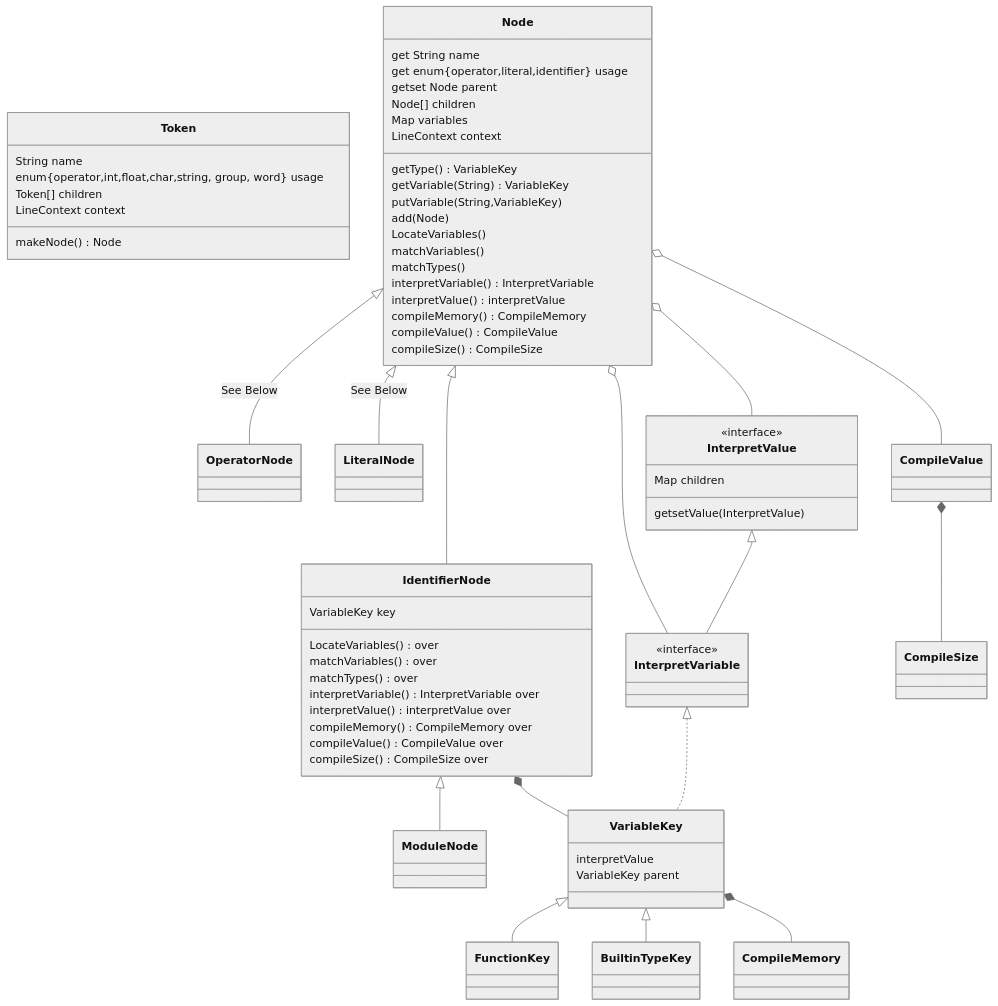
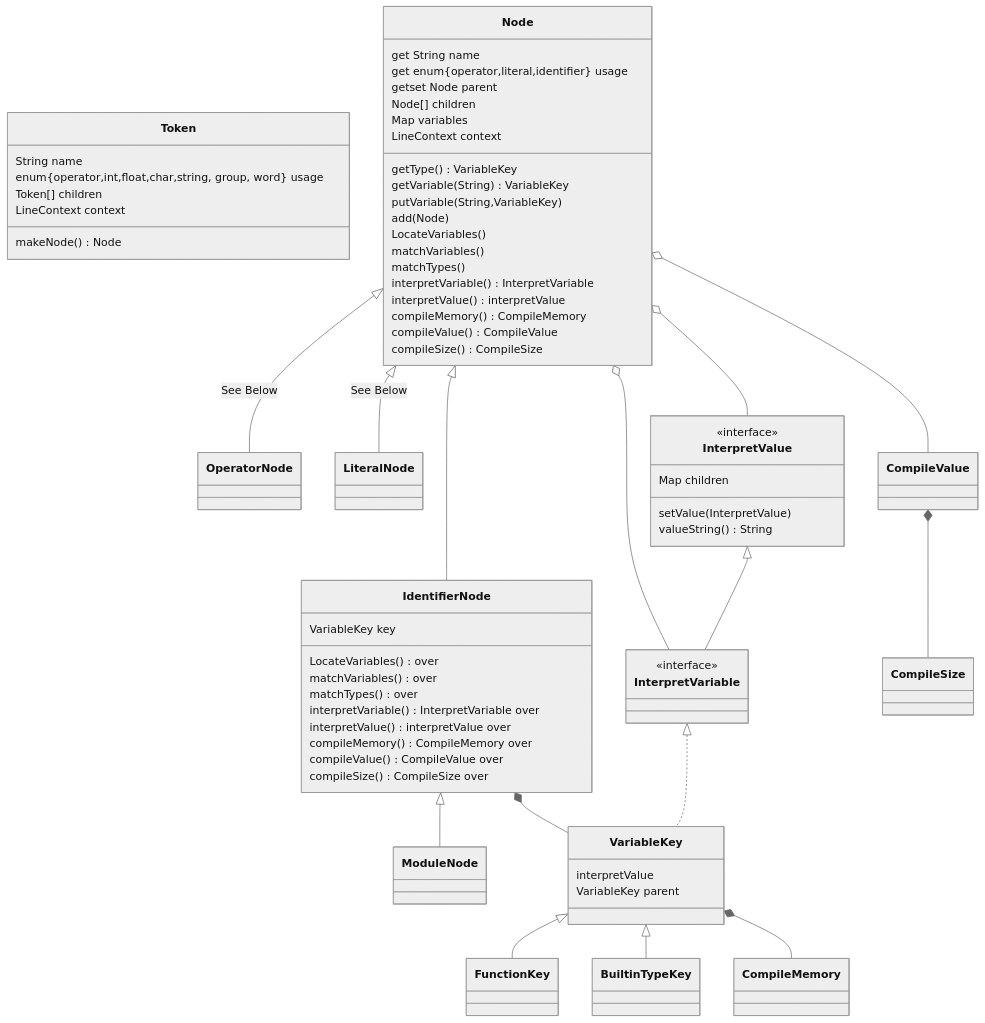
One commit to Jzhyang1/Monomer changed the first of 4 diagrams in Implementation.md. Above: the diagram before and after it, drawn with Mermaid (neutral theme). The commit also changed other lines of this file, not shown here.

````diff
--- a/Implementation.md
+++ b/Implementation.md
@@ -59,62 +59,63 @@
 ```mermaid
 classDiagram
 class Token
 
 Node <|-- OperatorNode: See Below
 Node <|-- LiteralNode: See Below
 Node <|-- IdentifierNode
 Node o-- InterpretVariable
 Node o-- InterpretValue
 IdentifierNode <|-- ModuleNode
 IdentifierNode *-- VariableKey
 VariableKey <|-- FunctionKey
 VariableKey <|-- BuiltinTypeKey
 VariableKey *-- CompileMemory
 InterpretValue <|-- InterpretVariable
 InterpretVariable <|.. VariableKey
 CompileValue *-- CompileSize
 Node o-- CompileValue
 
 Token: String name
 Token: enum{operator,int,float,char,string, group, word} usage
 Token: Token[] children
 Token: LineContext context
 Token: makeNode() Node
 
 Node: get String name
 Node: get enum{operator,literal,identifier} usage
 Node: getset Node parent
 Node: Node[] children
 Node: Map<String, VariableKey> variables
 Node: LineContext context
 Node: getType() VariableKey
 Node: getVariable(String) VariableKey
 Node: putVariable(String,VariableKey)
 Node: add(Node)
 Node: LocateVariables()
 Node: matchVariables()
 Node: matchTypes()
 Node: interpretVariable() InterpretVariable
 Node: interpretValue() interpretValue
 Node: compileMemory() CompileMemory
 Node: compileValue() CompileValue
 Node: compileSize() CompileSize
 
 IdentifierNode: VariableKey key
 IdentifierNode: LocateVariables() over
 IdentifierNode: matchVariables() over
 IdentifierNode: matchTypes() over
 IdentifierNode: interpretVariable() InterpretVariable over
 IdentifierNode: interpretValue() interpretValue over
 IdentifierNode: compileMemory() CompileMemory over
 IdentifierNode: compileValue() CompileValue over
 IdentifierNode: compileSize() CompileSize over
 
 <<interface>> InterpretValue
 InterpretValue: Map<String, InterpretValue> children
-InterpretValue: getsetValue(InterpretValue)
+InterpretValue: setValue(InterpretValue)
+InterpretValue: valueString() String
 <<interface>> InterpretVariable
 
 VariableKey: interpretValue
 VariableKey: VariableKey parent
 ```
````
